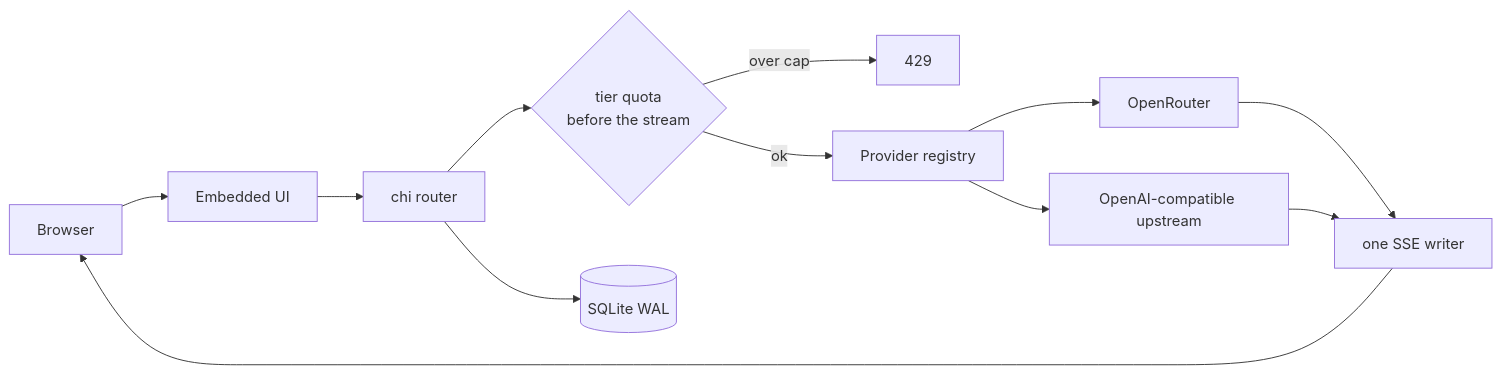
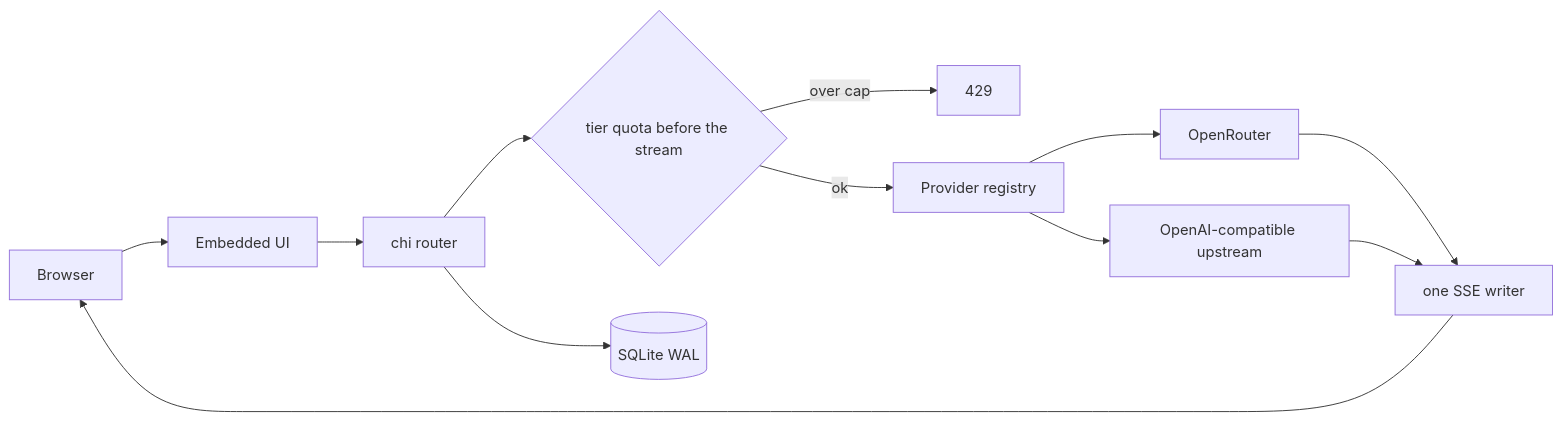
The first of 3 diagrams in README.md (web3-ai-game/system-design-portfolio), drawn with Mermaid before and after one commit. The commit also changed other lines of this file, not shown here.

Commit message:
Rewrite the architecture notes in Traditional Chinese and English.

````diff
--- a/README.md
+++ b/README.md
@@ -24,14 +36,14 @@
 ```mermaid
 flowchart LR
   Browser[Browser] --> UI[Embedded UI]
   UI --> API[chi router]
-  API --> Quota{tier quota<br/>before the stream}
+  API --> Quota{tier quota before the stream}
   Quota -->|over cap| Deny[429]
   Quota -->|ok| Reg[Provider registry]
   Reg --> OR[OpenRouter]
   Reg --> OAI[OpenAI-compatible upstream]
   OR --> SSE[one SSE writer]
   OAI --> SSE
   SSE --> Browser
   API --> DB[(SQLite WAL)]
 ```
````
